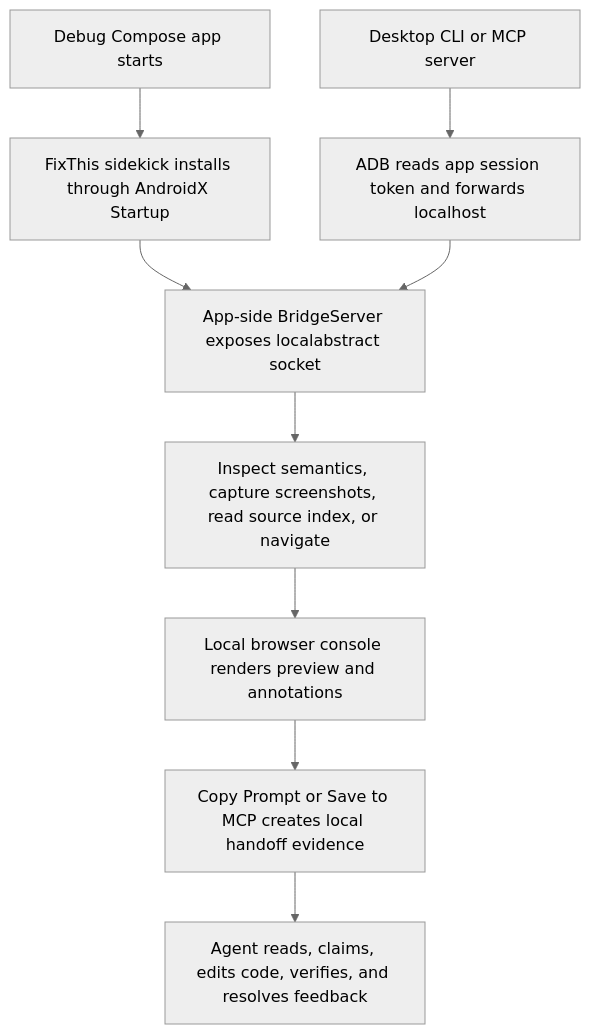
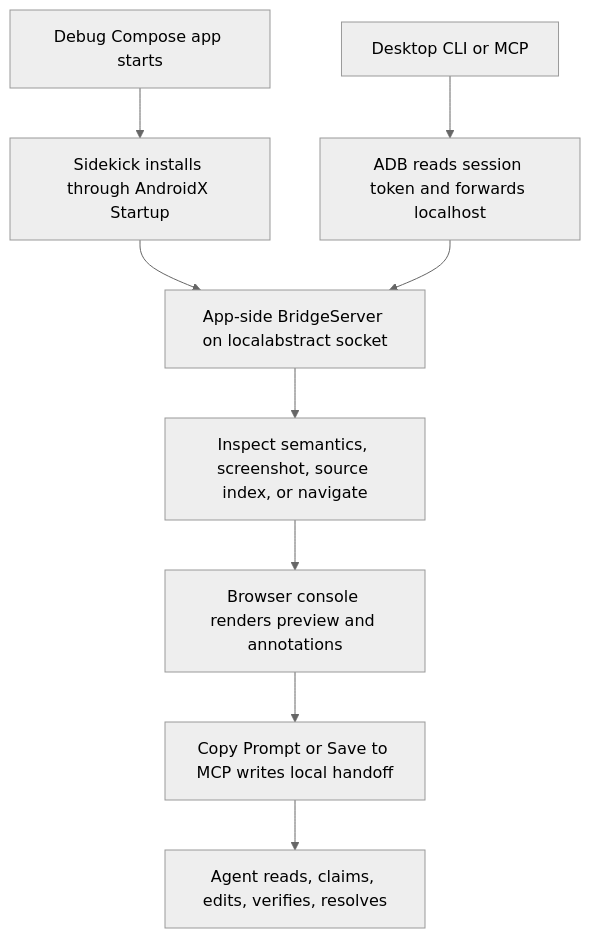
The diagram in docs/guides/project-map.md (beyondwin/FixThis), drawn with Mermaid (neutral theme) before and after one commit. The commit also changed other lines of this file and 31 other files, not shown here.

````diff
--- a/docs/guides/project-map.md
+++ b/docs/guides/project-map.md
@@ -26,11 +29,11 @@
 ```mermaid
 flowchart TD
-    A["Debug Compose app starts"] --> B["FixThis sidekick installs through AndroidX Startup"]
-    B --> C["App-side BridgeServer exposes localabstract socket"]
-    D["Desktop CLI or MCP server"] --> E["ADB reads app session token and forwards localhost"]
+    A["Debug Compose app starts"] --> B["Sidekick installs through AndroidX Startup"]
+    B --> C["App-side BridgeServer on localabstract socket"]
+    D["Desktop CLI or MCP"] --> E["ADB reads session token and forwards localhost"]
     E --> C
-    C --> F["Inspect semantics, capture screenshots, read source index, or navigate"]
-    F --> G["Local browser console renders preview and annotations"]
-    G --> H["Copy Prompt or Save to MCP creates local handoff evidence"]
-    H --> I["Agent reads, claims, edits code, verifies, and resolves feedback"]
+    C --> F["Inspect semantics, screenshot, source index, or navigate"]
+    F --> G["Browser console renders preview and annotations"]
+    G --> H["Copy Prompt or Save to MCP writes local handoff"]
+    H --> I["Agent reads, claims, edits, verifies, resolves"]
 ```
````
